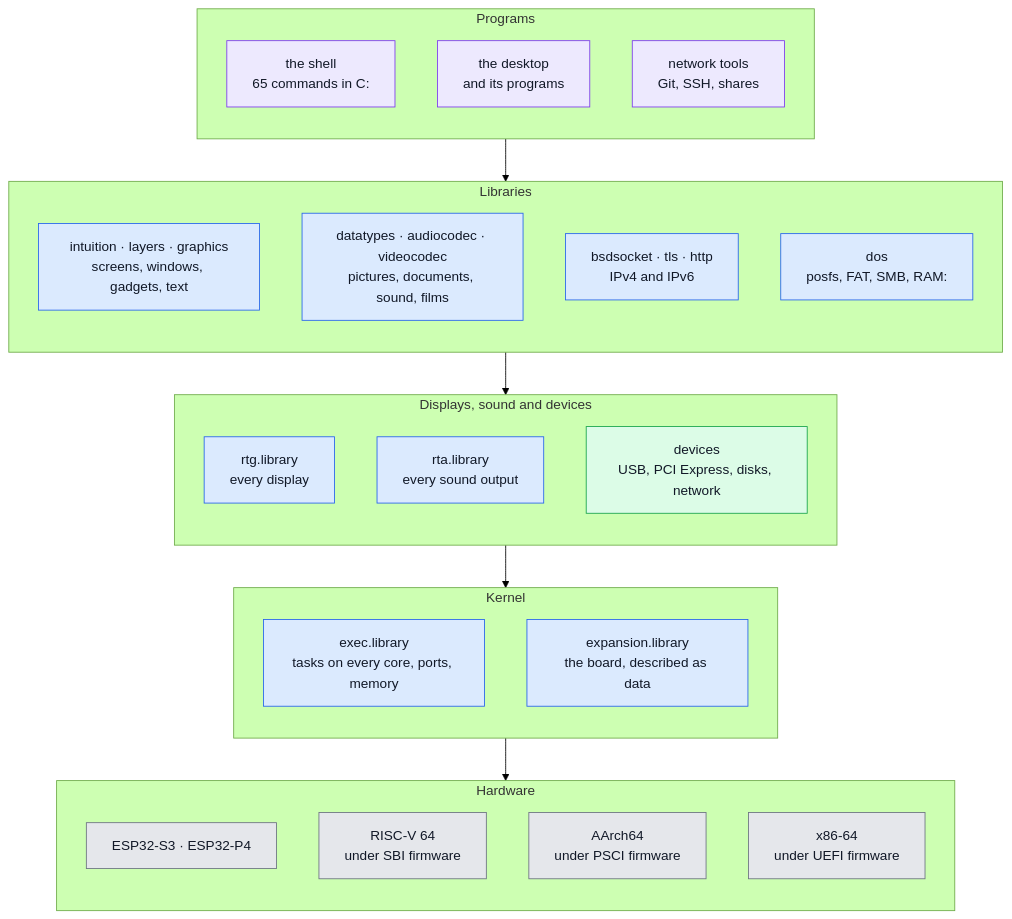
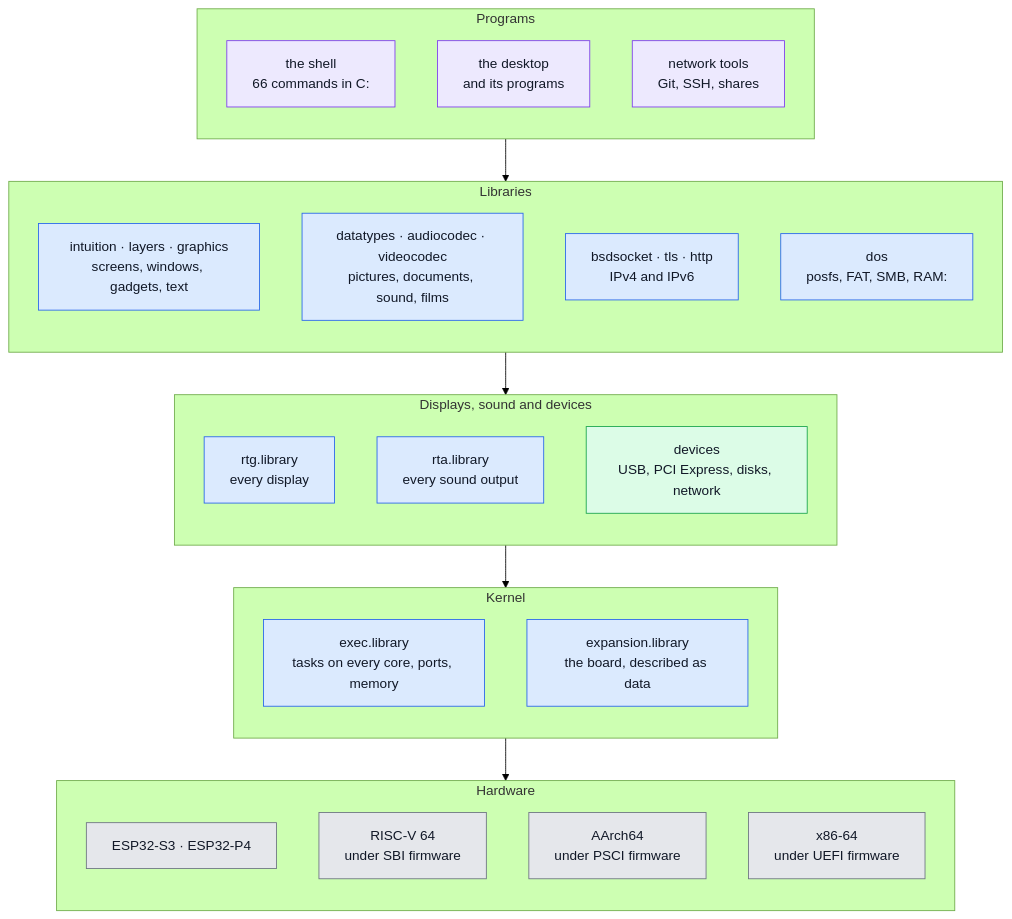
One commit to cycl0ne/poweros_esp32 changed the diagram in README.md. Above: the diagram before and after it, drawn with Mermaid (forest theme). The commit also changed other lines of this file and 44 other files, not shown here.

````diff
--- a/README.md
+++ b/README.md
@@ -85,49 +86,49 @@
 ```mermaid
 flowchart TB
     subgraph programs ["Programs"]
         direction TB
-        p_shell["the shell<br/>65 commands in C:"]
+        p_shell["the shell<br/>66 commands in C:"]
         p_desktop["the desktop<br/>and its programs"]
         p_net["network tools<br/>Git, SSH, shares"]
     end
 
     subgraph libraries ["Libraries"]
         direction TB
         l_ui["intuition · layers · graphics<br/>screens, windows, gadgets, text"]
         l_media["datatypes · audiocodec · videocodec<br/>pictures, documents, sound, films"]
         l_net["bsdsocket · tls · http<br/>IPv4 and IPv6"]
         l_dos["dos<br/>posfs, FAT, SMB, RAM:"]
     end
 
     subgraph below ["Displays, sound and devices"]
         direction TB
         d_rtg["rtg.library<br/>every display"]
         d_rta["rta.library<br/>every sound output"]
         d_devs["devices<br/>USB, PCI Express, disks, network"]
     end
 
     subgraph kernel ["Kernel"]
         direction TB
         k_exec["exec.library<br/>tasks on every core, ports, memory"]
         k_exp["expansion.library<br/>the board, described as data"]
     end
 
     subgraph hardware ["Hardware"]
         direction TB
         h_esp["ESP32-S3 · ESP32-P4"]
         h_rv["RISC-V 64<br/>under SBI firmware"]
         h_arm["AArch64<br/>under PSCI firmware"]
         h_x86["x86-64<br/>under UEFI firmware"]
     end
 
     programs --> libraries --> below --> kernel --> hardware
 
     classDef prog fill:#ede9fe,stroke:#7c3aed,color:#111827
     class p_shell,p_desktop,p_net prog
     classDef lib fill:#dbeafe,stroke:#2563eb,color:#111827
     class l_ui,l_media,l_net,l_dos,d_rtg,d_rta,k_exec,k_exp lib
     classDef dev fill:#dcfce7,stroke:#16a34a,color:#111827
     class d_devs dev
     classDef chip fill:#e5e7eb,stroke:#6b7280,color:#111827
     class h_esp,h_rv,h_arm,h_x86 chip
 ```
````
